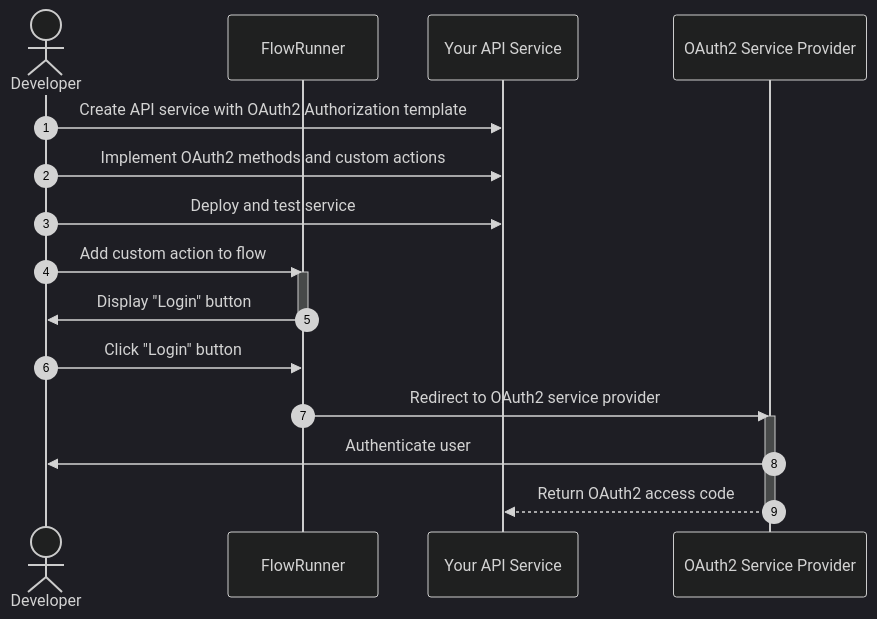
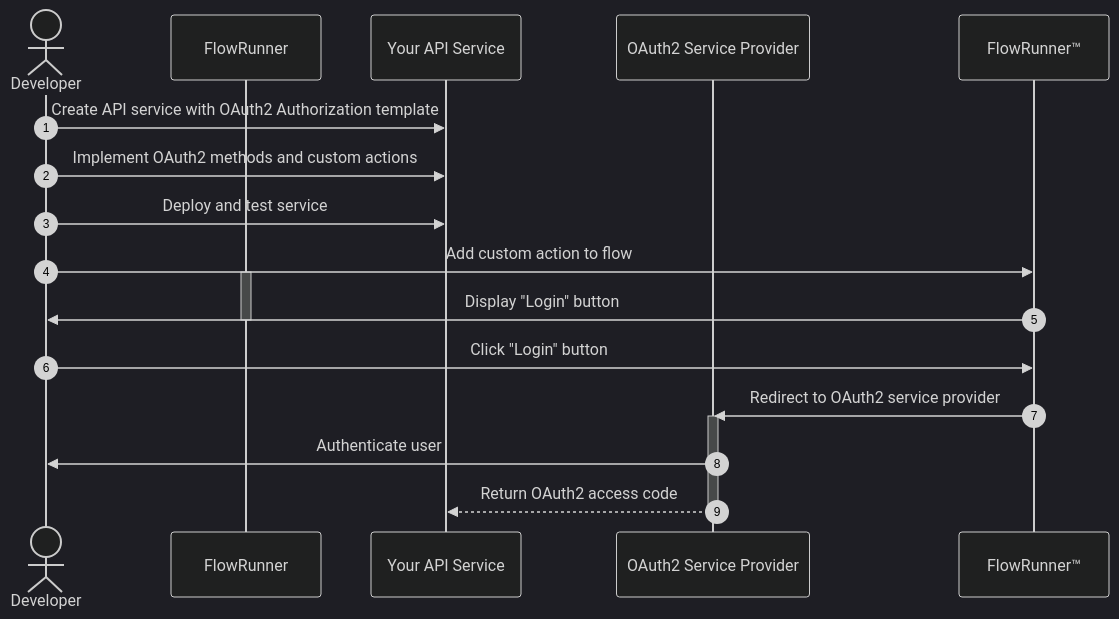
Before and after one commit to FlowRunner-AI/docs: the first of 2 diagrams in automations/content/extensibility/oauth2-services.md, drawn with Mermaid (dark theme). The commit also changed other lines of this file and 988 other files, not shown here.

First line of the commit message:
Initial FlowRunner documentation commit

````diff
--- a/automations/content/extensibility/oauth2-services.md
+++ b/automations/content/extensibility/oauth2-services.md
@@ -17,22 +17,22 @@
 ```mermaid
 sequenceDiagram
     autonumber
     actor Developer
     participant FlowRunner
     participant Backendless as Your API Service
     participant OAuth2Provider as OAuth2 Service Provider
 
     Developer->>Backendless: Create API service with OAuth2 Authorization template
     Developer->>Backendless: Implement OAuth2 methods and custom actions
     Developer->>Backendless: Deploy and test service
-    Developer->>FlowRunner: Add custom action to flow
+    Developer->>FlowRunner™: Add custom action to flow
     activate FlowRunner
-    FlowRunner->>Developer: Display "Login" button
+    FlowRunner™->>Developer: Display "Login" button
     deactivate FlowRunner
-    Developer->>FlowRunner: Click "Login" button
-    FlowRunner->>OAuth2Provider: Redirect to OAuth2 service provider
+    Developer->>FlowRunner™: Click "Login" button
+    FlowRunner™->>OAuth2Provider: Redirect to OAuth2 service provider
     activate OAuth2Provider
     OAuth2Provider->>Developer: Authenticate user
     OAuth2Provider-->>Backendless: Return OAuth2 access code
     deactivate OAuth2Provider
 ```
````
